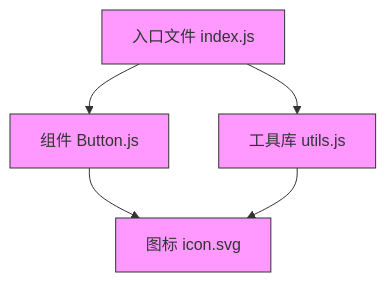
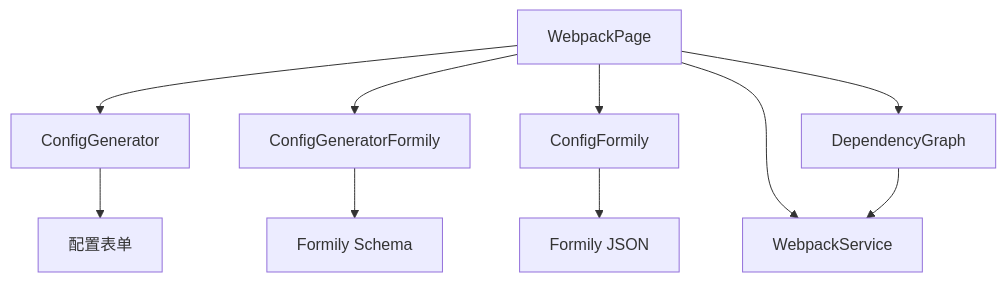
The diagram in apps/react-tutorial/src/pages/Webpack/readme.md (huang-1234/fucking-react), drawn with Mermaid before and after one commit. The commit also changed other lines of this file and 18 other files, not shown here.

````diff
--- a/apps/react-tutorial/src/pages/Webpack/readme.md
+++ b/apps/react-tutorial/src/pages/Webpack/readme.md
@@ -145,9 +23,12 @@
 ```mermaid
 graph TD
-  A[入口文件 index.js] --> B[组件 Button.js]
-  A --> C[工具库 utils.js]
-  B --> D[图标 icon.svg]
-  C --> D
-  classDef module fill:#f9f,stroke:#333;
-  class A,B,C,D module;
+    A[WebpackPage] --> B[ConfigGenerator]
+    A --> C[ConfigGeneratorFormily]
+    A --> D[ConfigFormily]
+    A --> E[DependencyGraph]
+    A --> F[WebpackService]
+    E --> F
+    B --> G[配置表单]
+    C --> H[Formily Schema]
+    D --> I[Formily JSON]
 ```
````
